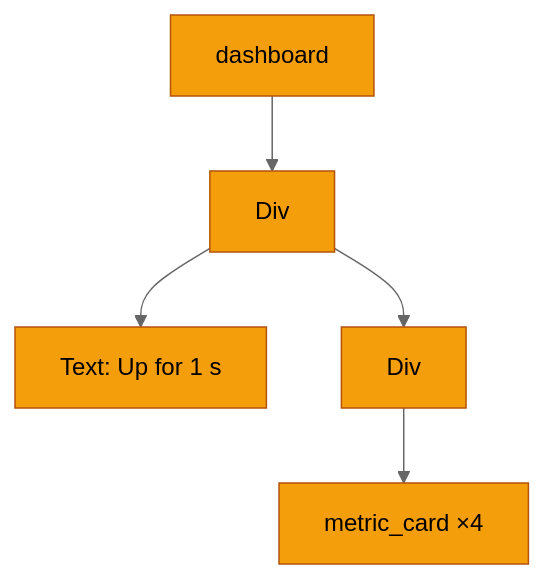
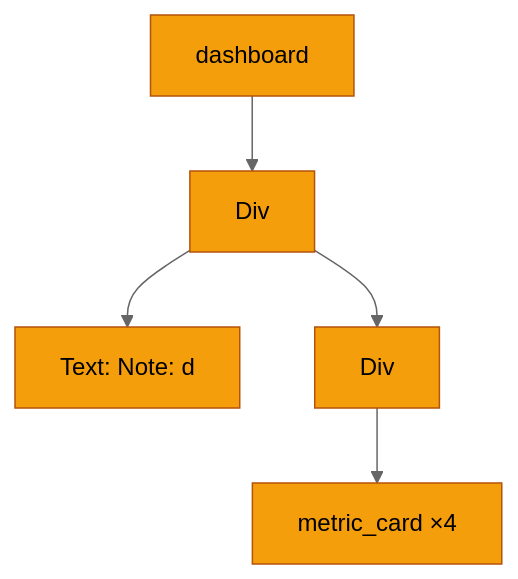
The first of 2 diagrams in docs/performance.md (JoshKarpel/counterweight), drawn with Mermaid (neutral theme) before and after one commit. The commit also changed other lines of this file and 55 other files, not shown here.

````diff
--- a/docs/performance.md
+++ b/docs/performance.md
@@ -87,9 +88,9 @@
 ```mermaid
 flowchart TB
     dashboard["dashboard"]:::rerun --> column["Div"]:::rerun
-    column --> uptime_text["Text: Up for 1 s"]:::rerun
+    column --> note_text["Text: Note: d"]:::rerun
     column --> cards_row["Div"]:::rerun
     cards_row --> cards["metric_card ×4"]:::rerun
 
     classDef rerun fill:#f59e0b,stroke:#b45309,color:#000
 ```
````
